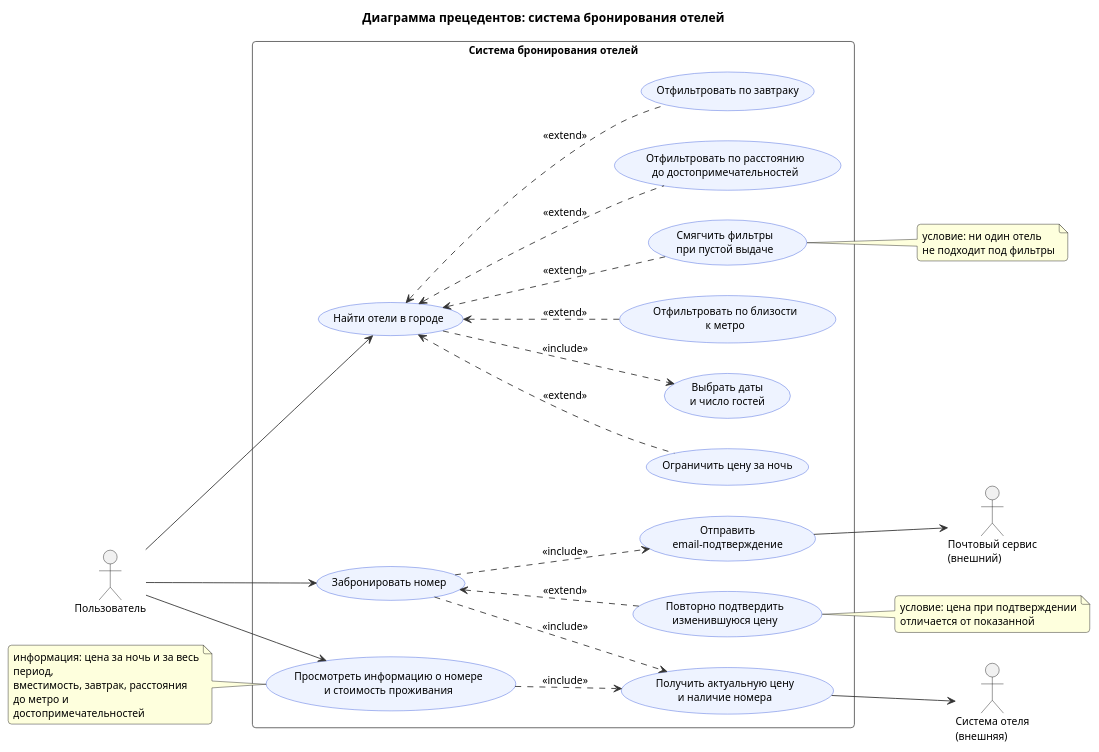
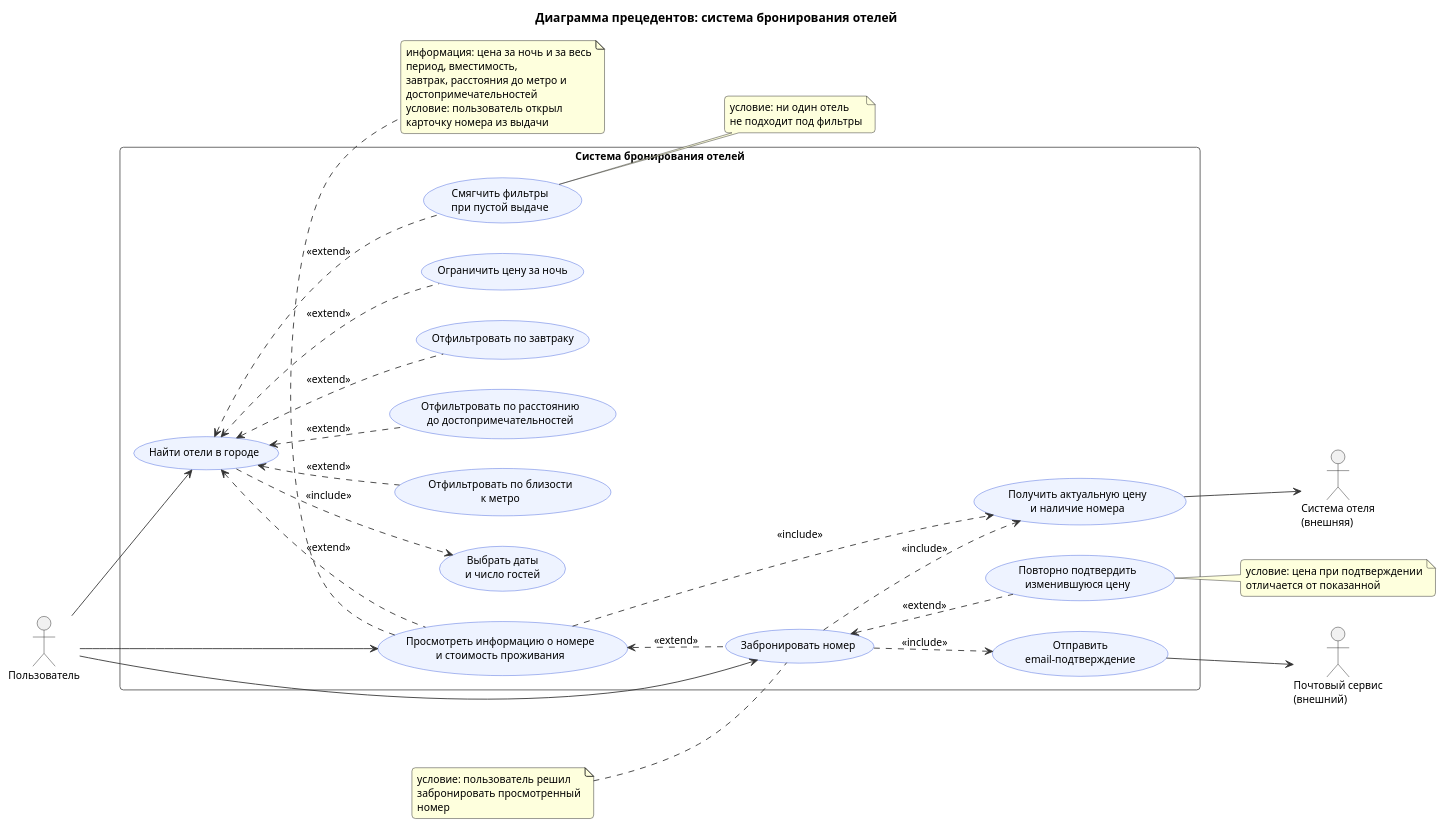
One commit to Remsely/cu-system-analysis changed the diagram in hw2/1_1_usecase.puml. Above: the diagram before and after it, drawn with PlantUML.

Commit message:
fix: chain extends search <- view info <- book in use case diagram
Viewing room info extends search (card opened from results) and booking
extends viewing (user decided to book); conditions are noted.

Claude-Session: https://claude.ai/code/session_01SJHMf92G1uTVkAQDfZWZSg

```diff
--- a/hw2/1_1_usecase.puml
+++ b/hw2/1_1_usecase.puml
@@ -1,71 +1,77 @@
 @startuml
 skinparam shadowing false
 skinparam defaultFontSize 12
 skinparam backgroundColor white
 skinparam roundCorner 8
 skinparam ArrowColor #333333
 skinparam wrapWidth 220
 title Диаграмма прецедентов: система бронирования отелей
 left to right direction
 skinparam actorStyle stickman
 skinparam usecase {
   BackgroundColor #EEF3FF
   BorderColor #3B5BDB
 }
 skinparam rectangle {
   BackgroundColor #FFFFFF
   BorderColor #555555
 }
 
 actor "Пользователь" as User
 actor "Система отеля\n(внешняя)" as HotelSys
 actor "Почтовый сервис\n(внешний)" as Mail
 
 rectangle "Система бронирования отелей" {
   usecase "Найти отели в городе" as UC_Search
   usecase "Выбрать даты\nи число гостей" as UC_Dates
   usecase "Отфильтровать по близости\nк метро" as UC_Metro
   usecase "Отфильтровать по расстоянию\nдо достопримечательностей" as UC_Attr
   usecase "Отфильтровать по завтраку" as UC_Breakfast
   usecase "Ограничить цену за ночь" as UC_Price
   usecase "Смягчить фильтры\nпри пустой выдаче" as UC_Relax
   usecase "Просмотреть информацию о номере\nи стоимость проживания" as UC_ViewPrice
   usecase "Получить актуальную цену\nи наличие номера" as UC_Actual
   usecase "Забронировать номер" as UC_Book
   usecase "Повторно подтвердить\nизменившуюся цену" as UC_Reconfirm
   usecase "Отправить\nemail-подтверждение" as UC_Email
 }
 
 User --> UC_Search
 User --> UC_ViewPrice
 User --> UC_Book
 
 UC_Search ..> UC_Dates : <<include>>
 UC_ViewPrice ..> UC_Actual : <<include>>
 UC_Book ..> UC_Actual : <<include>>
 UC_Book ..> UC_Email : <<include>>
 
 UC_Metro .up.> UC_Search : <<extend>>
 UC_Attr .up.> UC_Search : <<extend>>
 UC_Breakfast .up.> UC_Search : <<extend>>
 UC_Price .up.> UC_Search : <<extend>>
 UC_Relax .up.> UC_Search : <<extend>>
+UC_ViewPrice .up.> UC_Search : <<extend>>
+UC_Book .up.> UC_ViewPrice : <<extend>>
 UC_Reconfirm .up.> UC_Book : <<extend>>
 
 UC_Actual --> HotelSys
 UC_Email --> Mail
 
-note left of UC_ViewPrice
-  информация: цена за ночь и за весь период,
-  вместимость, завтрак, расстояния
-  до метро и достопримечательностей
+note bottom of UC_ViewPrice
+  информация: цена за ночь и за весь период, вместимость,
+  завтрак, расстояния до метро и достопримечательностей
+  условие: пользователь открыл карточку номера из выдачи
+end note
+note left of UC_Book
+  условие: пользователь решил
+  забронировать просмотренный номер
 end note
 note right of UC_Relax
   условие: ни один отель
   не подходит под фильтры
 end note
 note right of UC_Reconfirm
   условие: цена при подтверждении
   отличается от показанной
 end note
 @enduml
```
